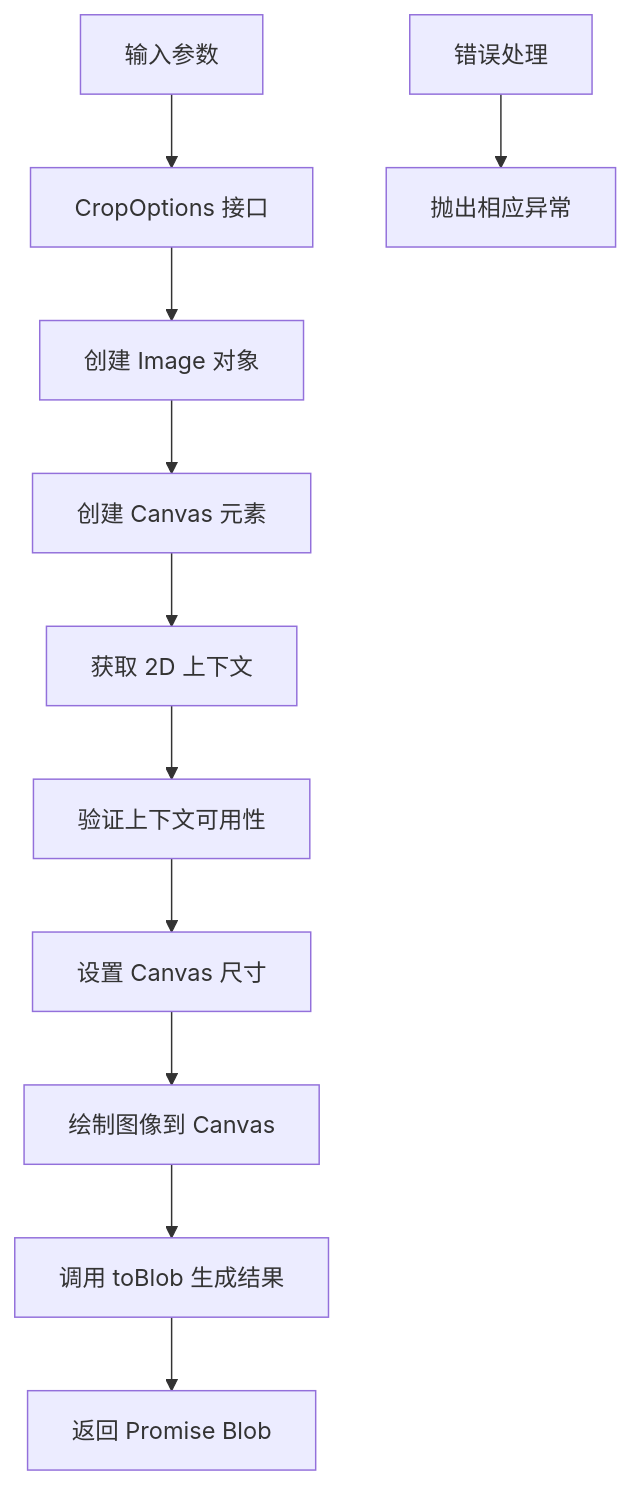
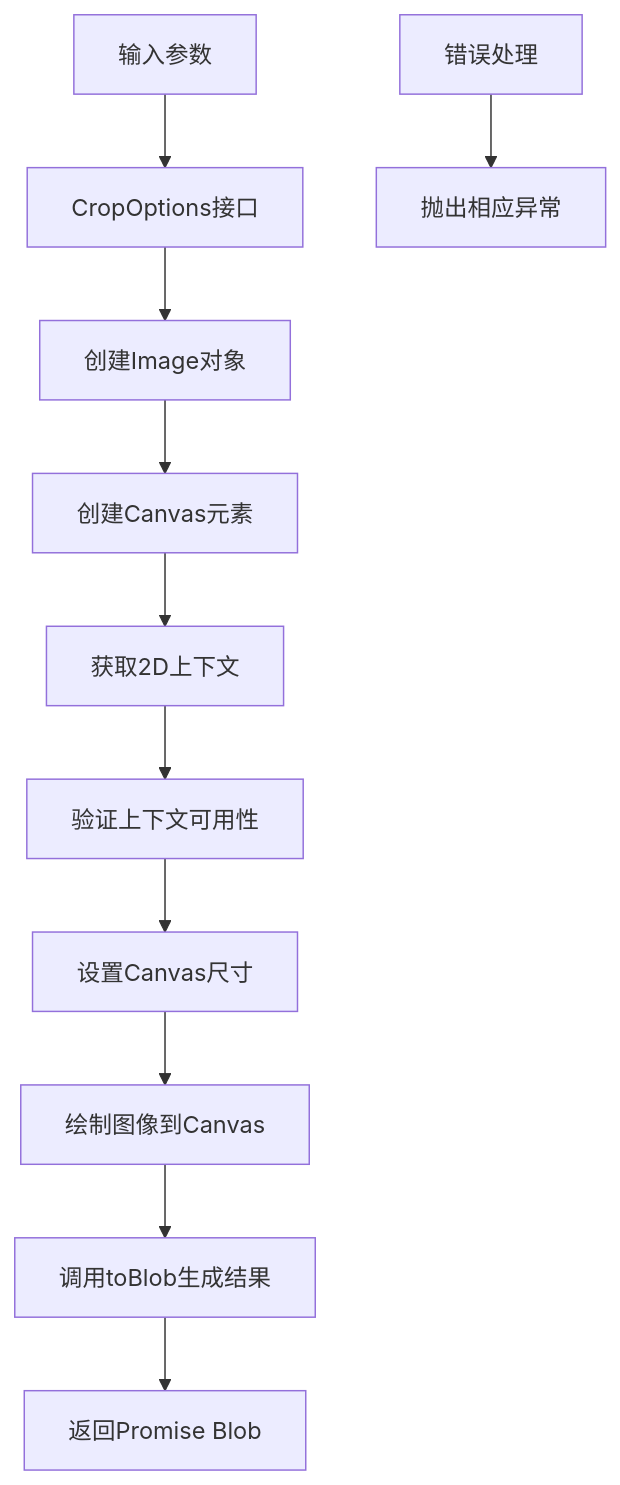
Before and after one commit to sgyy/privadeck: the sixth of 12 diagrams in .qoder/repowiki/zh/content/图像工具/图像裁剪.md, drawn with Mermaid. The commit also changed other lines of this file and 23 other files, not shown here.

````diff
--- a/.qoder/repowiki/zh/content/图像工具/图像裁剪.md
+++ b/.qoder/repowiki/zh/content/图像工具/图像裁剪.md
@@ -302,13 +304,13 @@
 ```mermaid
 flowchart TD
-A[输入参数] --> B[CropOptions 接口]
-B --> C[创建 Image 对象]
-C --> D[创建 Canvas 元素]
-D --> E[获取 2D 上下文]
+A[输入参数] --> B[CropOptions接口]
+B --> C[创建Image对象]
+C --> D[创建Canvas元素]
+D --> E[获取2D上下文]
 E --> F[验证上下文可用性]
-F --> G[设置 Canvas 尺寸]
-G --> H[绘制图像到 Canvas]
-H --> I[调用 toBlob 生成结果]
-I --> J[返回 Promise Blob]
+F --> G[设置Canvas尺寸]
+G --> H[绘制图像到Canvas]
+H --> I[调用toBlob生成结果]
+I --> J[返回Promise Blob]
 K[错误处理] --> L[抛出相应异常]
 ```
````
